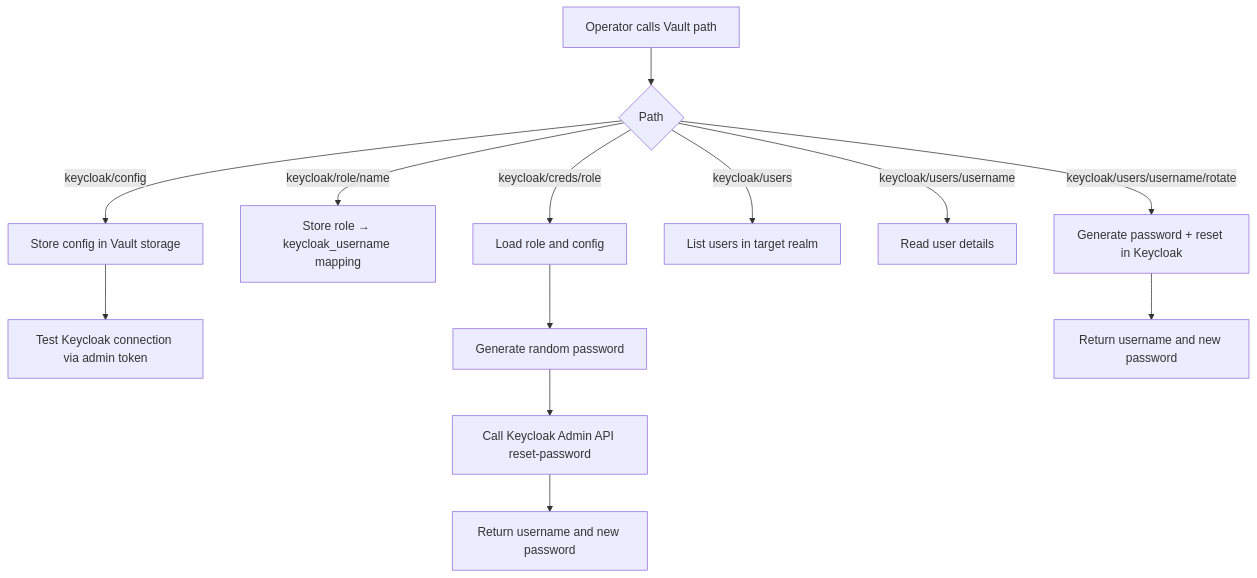
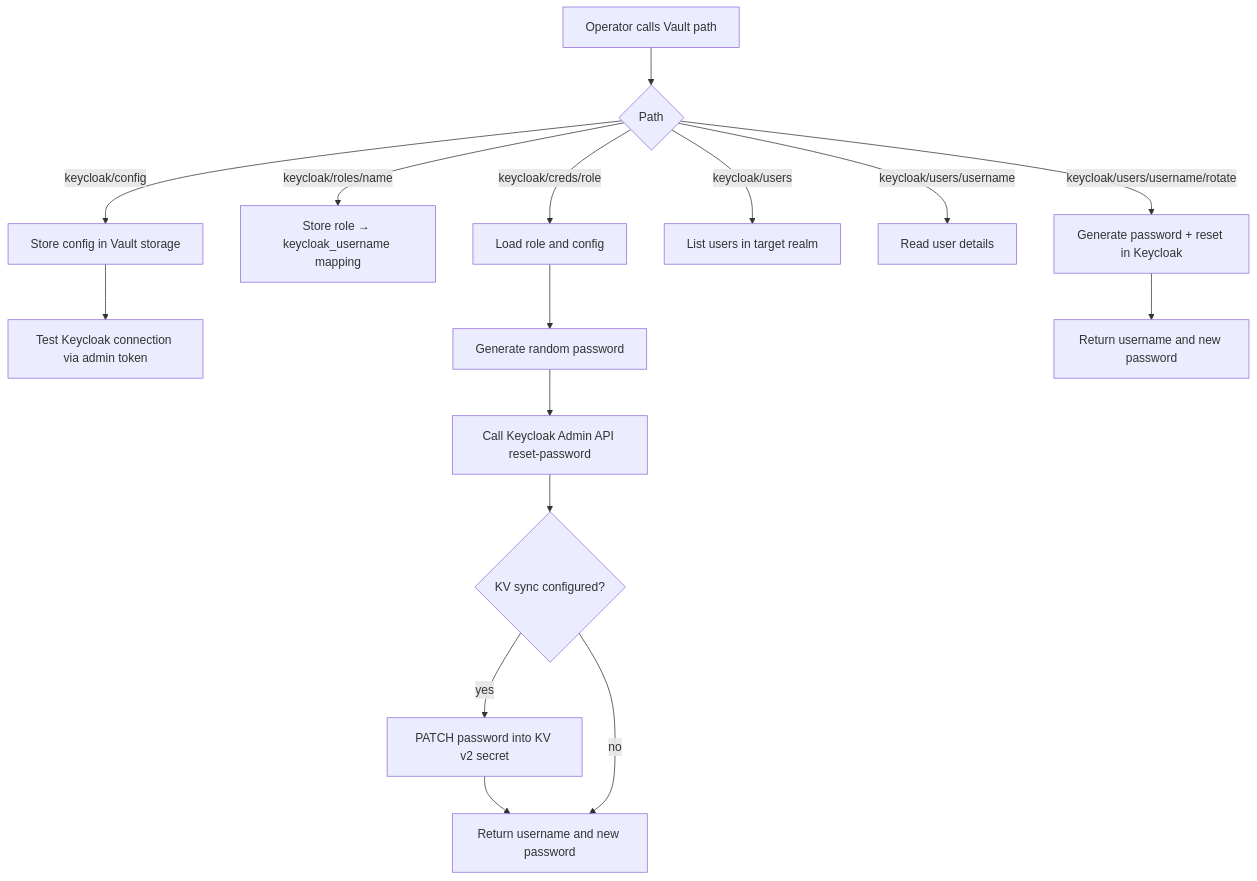
The diagram in README.md (RoFz/vault-plugin-secrets-keycloak), drawn with Mermaid before and after one commit. The commit also changed other lines of this file and 9 other files, not shown here.

First line of the commit message:
feat: add KV v2 sync after password rotation

````diff
--- a/README.md
+++ b/README.md
@@ -57,15 +80,18 @@
 ```mermaid
 flowchart TD
   A[Operator calls Vault path] --> B{Path}
   B -->|keycloak/config| C[Store config in Vault storage]
   C --> D[Test Keycloak connection via admin token]
-  B -->|keycloak/role/name| E[Store role → keycloak_username mapping]
+  B -->|keycloak/roles/name| E[Store role → keycloak_username mapping]
   B -->|keycloak/creds/role| F[Load role and config]
   F --> G[Generate random password]
   G --> H[Call Keycloak Admin API reset-password]
-  H --> I[Return username and new password]
+  H --> I{KV sync configured?}
+  I -->|yes| I2[PATCH password into KV v2 secret]
+  I2 --> I3[Return username and new password]
+  I -->|no| I3
   B -->|keycloak/users| J[List users in target realm]
   B -->|keycloak/users/username| K[Read user details]
   B -->|keycloak/users/username/rotate| L[Generate password + reset in Keycloak]
   L --> M[Return username and new password]
 ```
````
